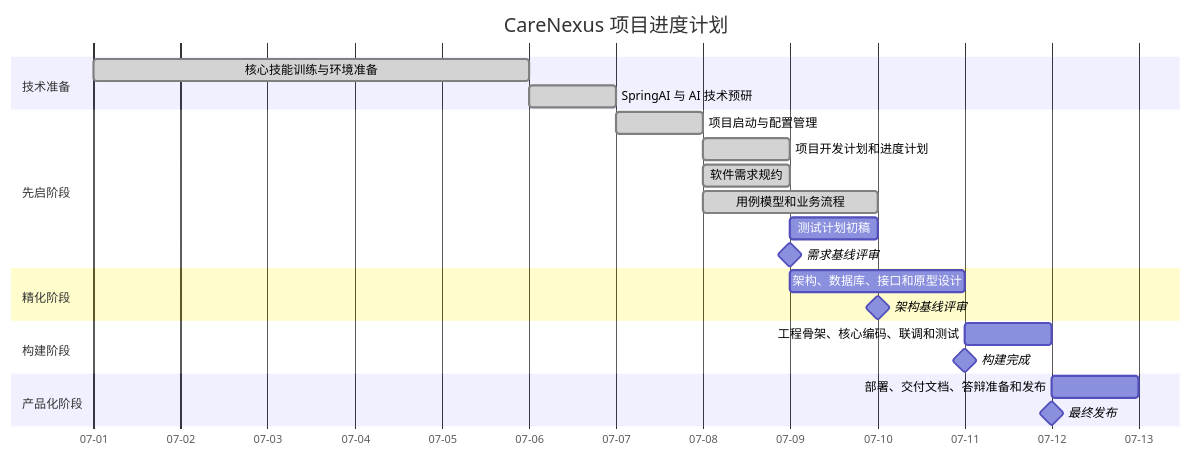
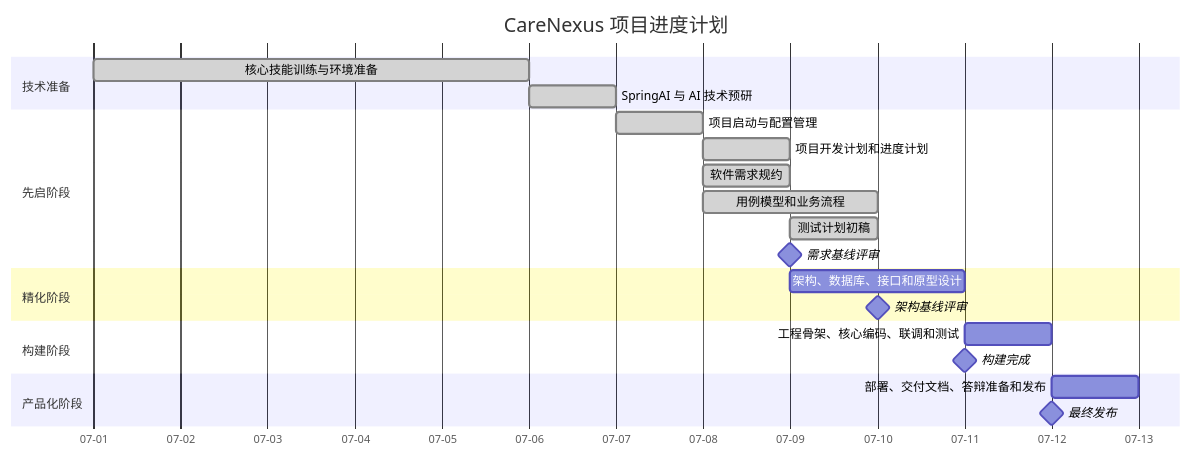
The diagram in docs/plans/项目进度计划.md (thesantaana/Care-Nexus), drawn with Mermaid before and after one commit. The commit also changed other lines of this file and 5 other files, not shown here.

````diff
--- a/docs/plans/项目进度计划.md
+++ b/docs/plans/项目进度计划.md
@@ -99,30 +99,30 @@
 ```mermaid
 gantt
     title CareNexus 项目进度计划
     dateFormat  YYYY-MM-DD
     axisFormat  %m-%d
 
     section 技术准备
     核心技能训练与环境准备 :done, prep1, 2026-07-01, 5d
     SpringAI 与 AI 技术预研 :done, prep2, 2026-07-06, 1d
 
     section 先启阶段
     项目启动与配置管理 :done, inc1, 2026-07-07, 1d
     项目开发计划和进度计划 :done, inc2, 2026-07-08, 1d
     软件需求规约 :done, inc3, 2026-07-08, 1d
     用例模型和业务流程 :done, inc4, 2026-07-08, 2d
-    测试计划初稿 :inc5, 2026-07-09, 1d
+    测试计划初稿 :done, inc5, 2026-07-09, 1d
     需求基线评审 :milestone, m1, 2026-07-09, 0d
 
     section 精化阶段
     架构、数据库、接口和原型设计 :ela1, 2026-07-09, 2d
     架构基线评审 :milestone, m2, 2026-07-10, 0d
 
     section 构建阶段
     工程骨架、核心编码、联调和测试 :con1, 2026-07-11, 1d
     构建完成 :milestone, m3, 2026-07-11, 0d
 
     section 产品化阶段
     部署、交付文档、答辩准备和发布 :tra1, 2026-07-12, 1d
     最终发布 :milestone, m4, 2026-07-12, 0d
 ```
````
